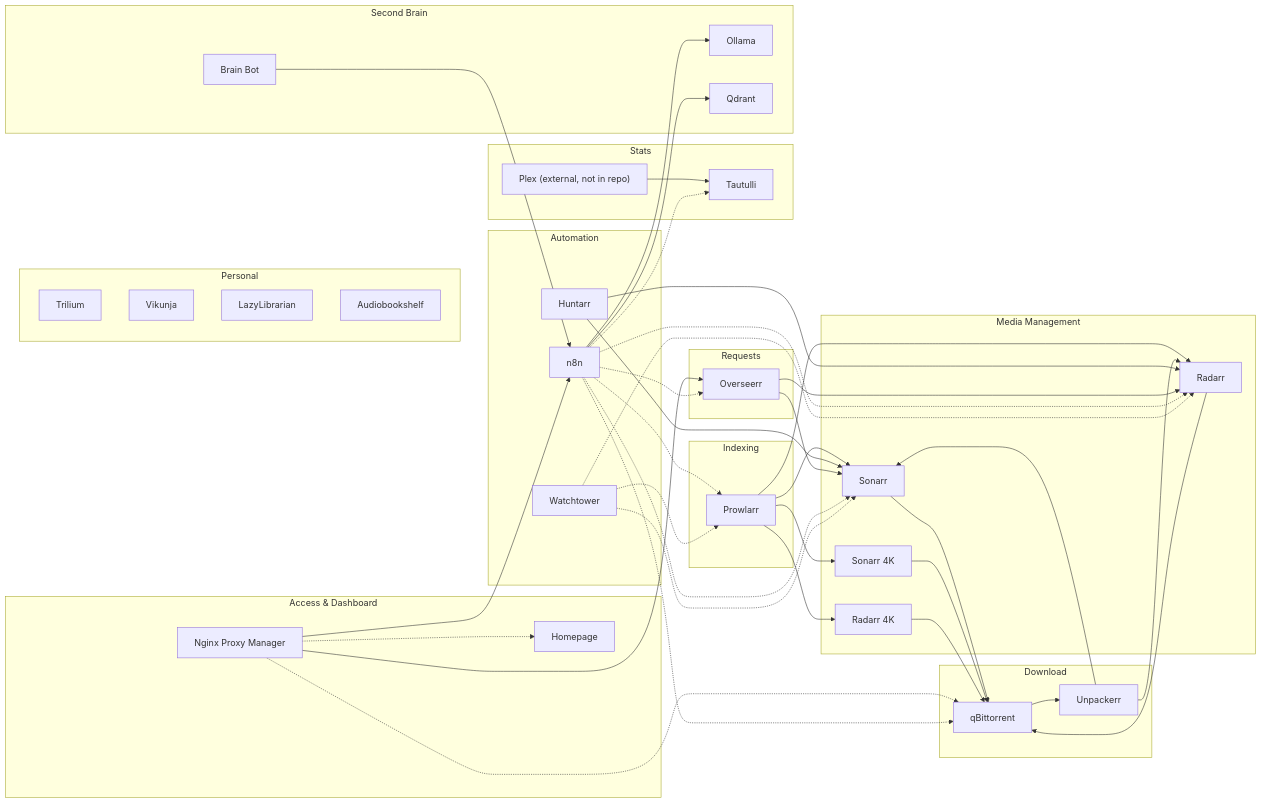
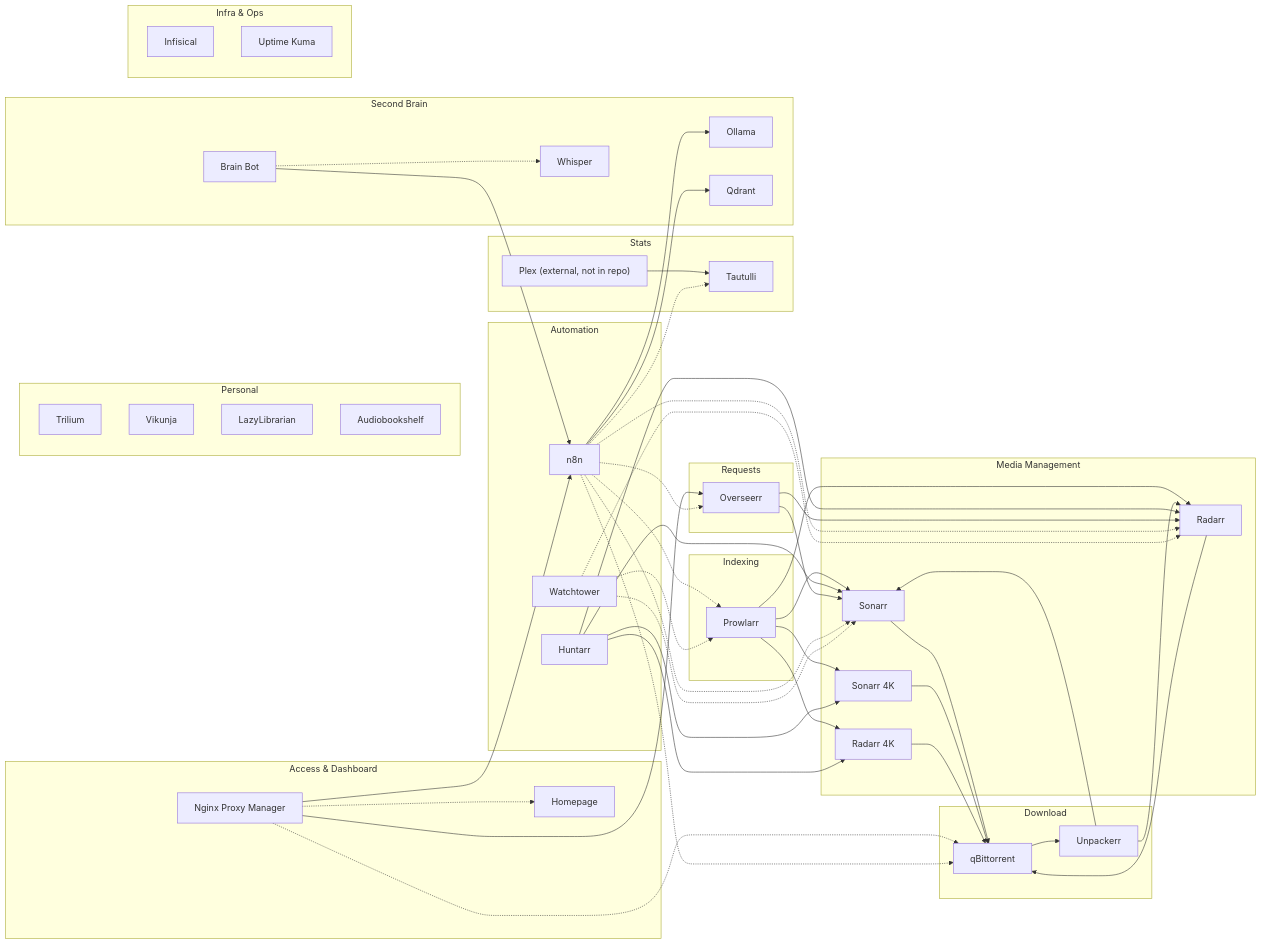
Before and after one commit to kodyparton/docker_homelab: the diagram in docs/architecture/overview.md, drawn with Mermaid. The commit also changed other lines of this file and 10 other files, not shown here.

````diff
--- a/docs/architecture/overview.md
+++ b/docs/architecture/overview.md
@@ -45,6 +45,11 @@
         BrainBot["Brain Bot"]
         Ollama
         Qdrant
+        Whisper
+    end
+    subgraph "Infra & Ops"
+        Infisical
+        UptimeKuma["Uptime Kuma"]
     end
 
     Prowlarr --> Sonarr
@@ -59,7 +64,9 @@
     Unpackerr --> Sonarr
     Unpackerr --> Radarr
     Huntarr --> Sonarr
+    Huntarr --> SonarrHD
     Huntarr --> Radarr
+    Huntarr --> RadarrHD
     Overseerr --> Sonarr
     Overseerr --> Radarr
     Plex --> Tautulli
@@ -77,6 +84,7 @@
     Watchtower -.-> Radarr
     Watchtower -.-> Prowlarr
     BrainBot --> n8n
+    BrainBot -.-> Whisper
     n8n --> Ollama
     n8n --> Qdrant
 ```
````
